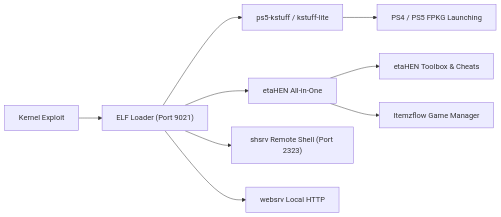
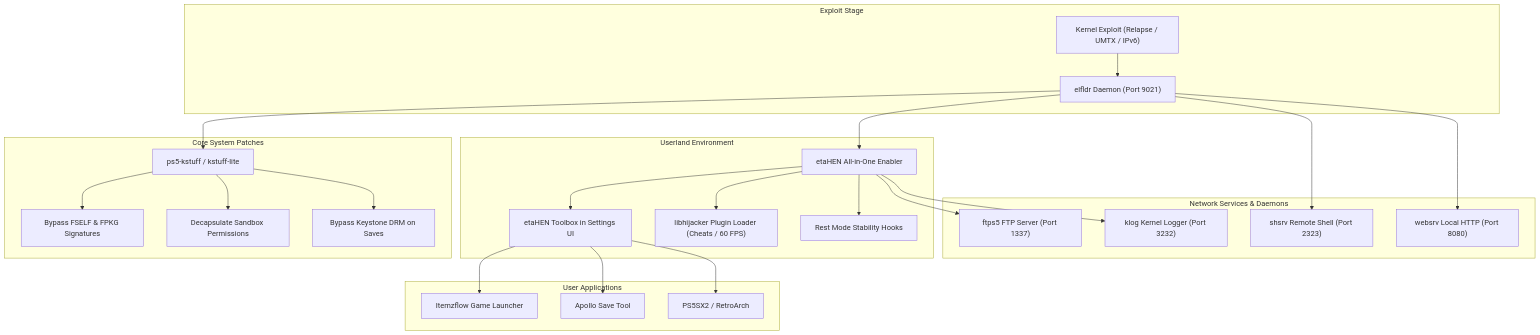
The third of 4 diagrams in README.MD (alonsojr1980/ps5-jailbreak-compendium), drawn with Mermaid before and after one commit. The commit also changed other lines of this file, not shown here.

Commit message:
docs: Expand README with exhaustive payload architecture, injection methods, and ports guide

````diff
--- a/README.MD
+++ b/README.MD
@@ -197,11 +195,33 @@
 ```mermaid
-graph LR
-    Kernel[Kernel Exploit] --> elfldr["ELF Loader (Port 9021)"]
-    elfldr --> kstuff["ps5-kstuff / kstuff-lite"]
-    elfldr --> etaHEN["etaHEN All-in-One"]
-    elfldr --> shsrv["shsrv Remote Shell (Port 2323)"]
-    elfldr --> websrv["websrv Local HTTP"]
-    kstuff --> FPKG["PS4 / PS5 FPKG Launching"]
-    etaHEN --> Toolbox["etaHEN Toolbox & Cheats"]
-    etaHEN --> Itemz["Itemzflow Game Manager"]
+graph TD
+    subgraph Boot["Exploit Stage"]
+        KX["Kernel Exploit (Relapse / UMTX / IPv6)"] --> ELFLDR["elfldr Daemon (Port 9021)"]
+    end
+
+    subgraph CoreP["Core System Patches"]
+        ELFLDR --> KSTUFF["ps5-kstuff / kstuff-lite"]
+        KSTUFF --> FSELF["Bypass FSELF & FPKG Signatures"]
+        KSTUFF --> SANDBOX["Decapsulate Sandbox Permissions"]
+        KSTUFF --> KEYSTONE["Bypass Keystone DRM on Saves"]
+    end
+
+    subgraph Env["Userland Environment"]
+        ELFLDR --> ETAHEN["etaHEN All-in-One Enabler"]
+        ETAHEN --> TOOLBOX["etaHEN Toolbox in Settings UI"]
+        ETAHEN --> PLUGINS["libhijacker Plugin Loader (Cheats / 60 FPS)"]
+        ETAHEN --> REST["Rest Mode Stability Hooks"]
+    end
+
+    subgraph Services["Network Services & Daemons"]
+        ETAHEN --> FTPS5["ftps5 FTP Server (Port 1337)"]
+        ETAHEN --> KLOG["klog Kernel Logger (Port 3232)"]
+        ELFLDR --> SHSRV["shsrv Remote Shell (Port 2323)"]
+        ELFLDR --> WEBSRV["websrv Local HTTP (Port 8080)"]
+    end
+
+    subgraph Apps["User Applications"]
+        TOOLBOX --> ITEMZ["Itemzflow Game Launcher"]
+        TOOLBOX --> APOLLO["Apollo Save Tool"]
+        TOOLBOX --> EMUS["PS5SX2 / RetroArch"]
+    end
 ```
````
